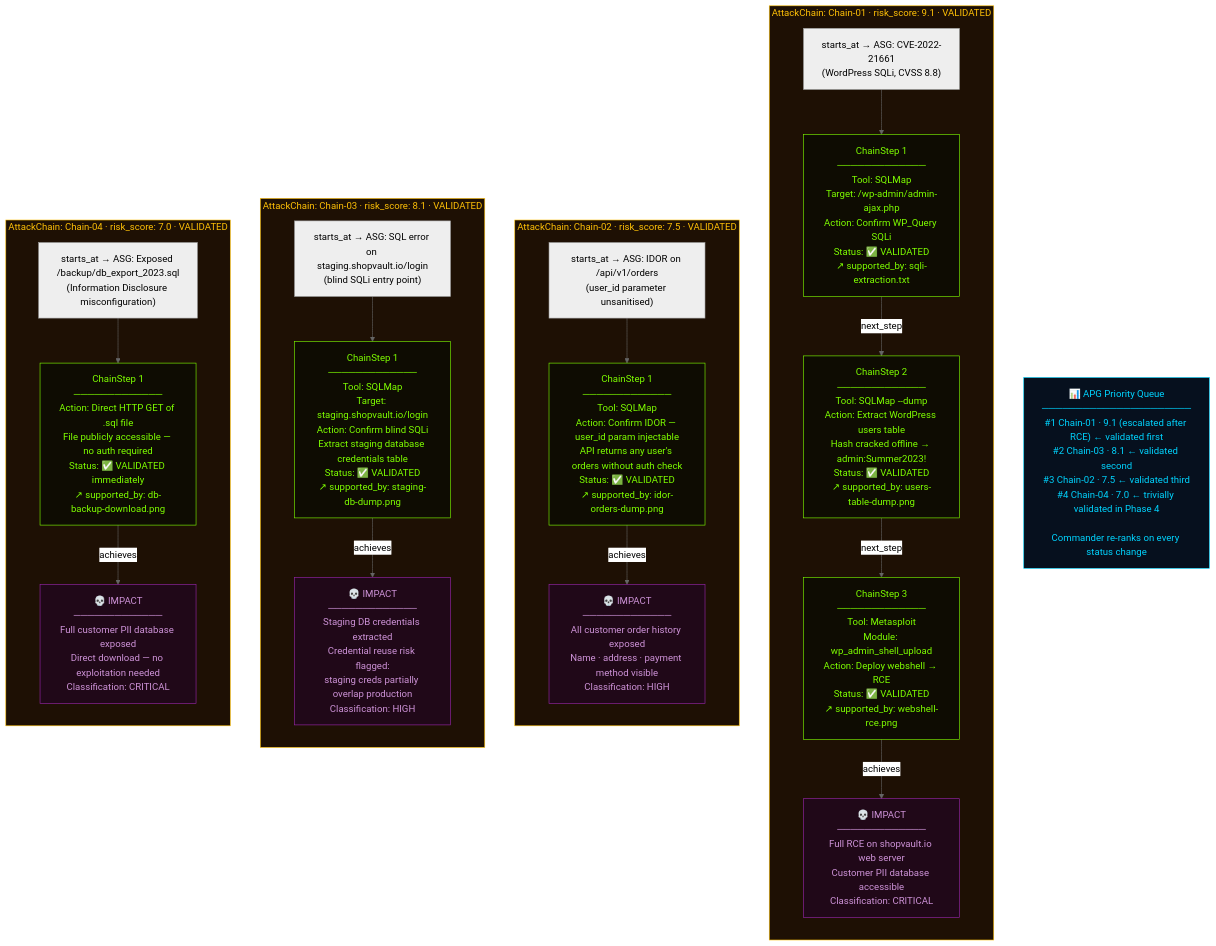
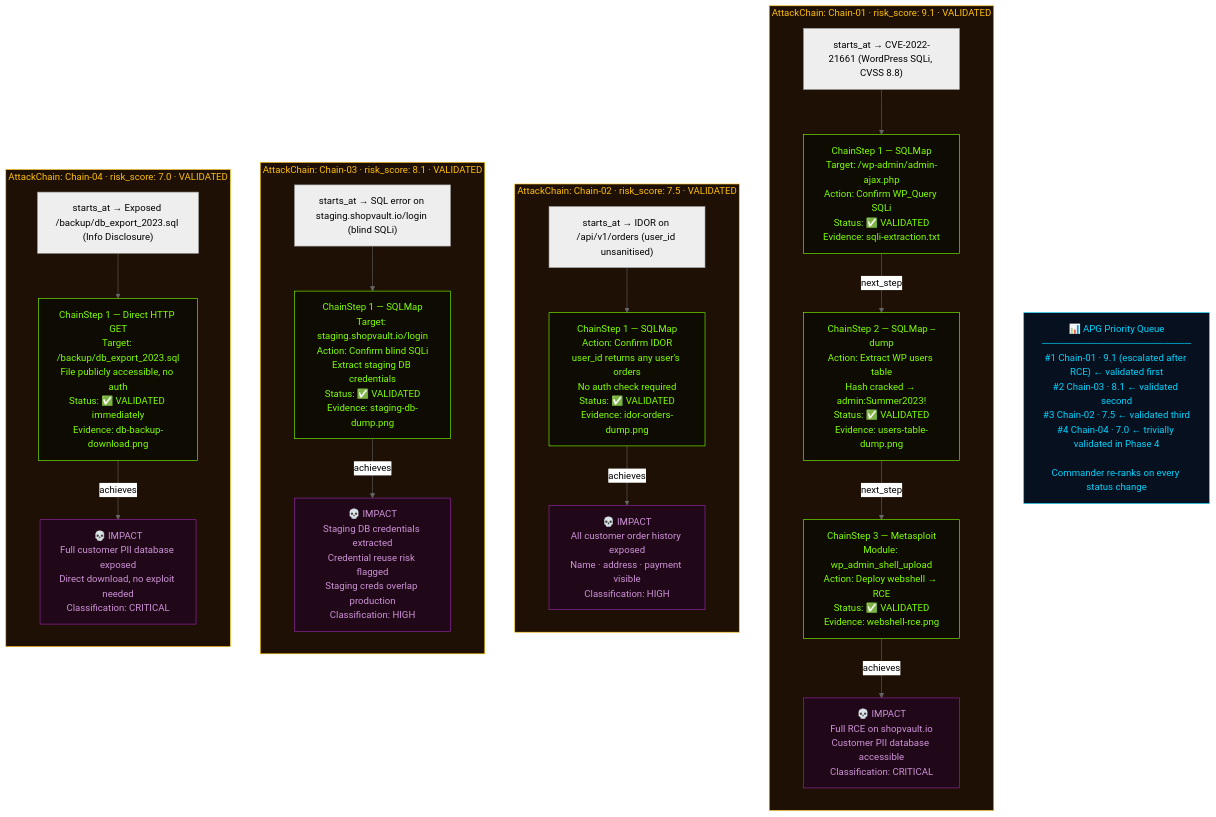
Before and after one commit to nishan-paul-2022/cmatrix-agentic-red-team: the second of 2 diagrams in docs/paper-thesis/explanation/module-02-dual-graph-model.md, drawn with Mermaid (neutral theme). The commit also changed other lines of this file and 4 other files, not shown here.

Commit message:
refactor: replace newline characters with HTML line breaks in Mermaid diagrams across documentation modules

````diff
--- a/docs/paper-thesis/explanation/module-02-dual-graph-model.md
+++ b/docs/paper-thesis/explanation/module-02-dual-graph-model.md
@@ -529,80 +529,80 @@
 ```mermaid
 flowchart TD
     %% ── CHAIN 01 ──────────────────────────────────────────────────
     subgraph C1["AttackChain: Chain-01 · risk_score: 9.1 · VALIDATED"]
         direction TB
-        C1S["starts_at → ASG: CVE-2022-21661\n(WordPress SQLi, CVSS 8.8)"]
+        C1S["starts_at → CVE-2022-21661 (WordPress SQLi, CVSS 8.8)"]
 
-        STEP1["ChainStep 1\n─────────────\nTool: SQLMap\nTarget: /wp-admin/admin-ajax.php\nAction: Confirm WP_Query SQLi\nStatus: ✅ VALIDATED\n↗ supported_by: sqli-extraction.txt"]
+        STEP1["ChainStep 1 — SQLMap<br/>Target: /wp-admin/admin-ajax.php<br/>Action: Confirm WP_Query SQLi<br/>Status: ✅ VALIDATED<br/>Evidence: sqli-extraction.txt"]
 
-        STEP2["ChainStep 2\n─────────────\nTool: SQLMap --dump\nAction: Extract WordPress users table\nHash cracked offline → admin:Summer2023!\nStatus: ✅ VALIDATED\n↗ supported_by: users-table-dump.png"]
+        STEP2["ChainStep 2 — SQLMap --dump<br/>Action: Extract WP users table<br/>Hash cracked → admin:Summer2023!<br/>Status: ✅ VALIDATED<br/>Evidence: users-table-dump.png"]
 
-        STEP3["ChainStep 3\n─────────────\nTool: Metasploit\nModule: wp_admin_shell_upload\nAction: Deploy webshell → RCE\nStatus: ✅ VALIDATED\n↗ supported_by: webshell-rce.png"]
+        STEP3["ChainStep 3 — Metasploit<br/>Module: wp_admin_shell_upload<br/>Action: Deploy webshell → RCE<br/>Status: ✅ VALIDATED<br/>Evidence: webshell-rce.png"]
 
-        IMP1["💀 IMPACT\n─────────────\nFull RCE on shopvault.io web server\nCustomer PII database accessible\nClassification: CRITICAL"]
+        IMP1["💀 IMPACT<br/>Full RCE on shopvault.io<br/>Customer PII database accessible<br/>Classification: CRITICAL"]
 
         C1S --> STEP1
         STEP1 -->|next_step| STEP2
         STEP2 -->|next_step| STEP3
         STEP3 -->|achieves| IMP1
     end
 
     %% ── CHAIN 02 ──────────────────────────────────────────────────
     subgraph C2["AttackChain: Chain-02 · risk_score: 7.5 · VALIDATED"]
         direction TB
-        C2S["starts_at → ASG: IDOR on /api/v1/orders\n(user_id parameter unsanitised)"]
+        C2S["starts_at → IDOR on /api/v1/orders (user_id unsanitised)"]
 
-        STEP21["ChainStep 1\n─────────────\nTool: SQLMap\nAction: Confirm IDOR — user_id param injectable\nAPI returns any user's orders without auth check\nStatus: ✅ VALIDATED\n↗ supported_by: idor-orders-dump.png"]
+        STEP21["ChainStep 1 — SQLMap<br/>Action: Confirm IDOR<br/>user_id returns any user's orders<br/>No auth check required<br/>Status: ✅ VALIDATED<br/>Evidence: idor-orders-dump.png"]
 
-        IMP2["💀 IMPACT\n─────────────\nAll customer order history exposed\nName · address · payment method visible\nClassification: HIGH"]
+        IMP2["💀 IMPACT<br/>All customer order history exposed<br/>Name · address · payment visible<br/>Classification: HIGH"]
 
         C2S --> STEP21
         STEP21 -->|achieves| IMP2
     end
 
     %% ── CHAIN 03 ─────────────────────────────────────────────────
     subgraph C3["AttackChain: Chain-03 · risk_score: 8.1 · VALIDATED"]
         direction TB
-        C3S["starts_at → ASG: SQL error on staging.shopvault.io/login\n(blind SQLi entry point)"]
+        C3S["starts_at → SQL error on staging.shopvault.io/login (blind SQLi)"]
 
-        STEP31["ChainStep 1\n─────────────\nTool: SQLMap\nTarget: staging.shopvault.io/login\nAction: Confirm blind SQLi\nExtract staging database credentials table\nStatus: ✅ VALIDATED\n↗ supported_by: staging-db-dump.png"]
+        STEP31["ChainStep 1 — SQLMap<br/>Target: staging.shopvault.io/login<br/>Action: Confirm blind SQLi<br/>Extract staging DB credentials<br/>Status: ✅ VALIDATED<br/>Evidence: staging-db-dump.png"]
 
-        IMP3["💀 IMPACT\n─────────────\nStaging DB credentials extracted\nCredential reuse risk flagged:\nstaging creds partially overlap production\nClassification: HIGH"]
+        IMP3["💀 IMPACT<br/>Staging DB credentials extracted<br/>Credential reuse risk flagged<br/>Staging creds overlap production<br/>Classification: HIGH"]
 
         C3S --> STEP31
         STEP31 -->|achieves| IMP3
     end
 
     %% ── CHAIN 04 ─────────────────────────────────────────────────
     subgraph C4["AttackChain: Chain-04 · risk_score: 7.0 · VALIDATED"]
         direction TB
-        C4S["starts_at → ASG: Exposed /backup/db_export_2023.sql\n(Information Disclosure misconfiguration)"]
+        C4S["starts_at → Exposed /backup/db_export_2023.sql (Info Disclosure)"]
 
-        STEP41["ChainStep 1\n─────────────\nAction: Direct HTTP GET of .sql file\nFile publicly accessible — no auth required\nStatus: ✅ VALIDATED immediately\n↗ supported_by: db-backup-download.png"]
+        STEP41["ChainStep 1 — Direct HTTP GET<br/>Target: /backup/db_export_2023.sql<br/>File publicly accessible, no auth<br/>Status: ✅ VALIDATED immediately<br/>Evidence: db-backup-download.png"]
 
-        IMP4["💀 IMPACT\n─────────────\nFull customer PII database exposed\nDirect download — no exploitation needed\nClassification: CRITICAL"]
+        IMP4["💀 IMPACT<br/>Full customer PII database exposed<br/>Direct download, no exploit needed<br/>Classification: CRITICAL"]
 
         C4S --> STEP41
         STEP41 -->|achieves| IMP4
     end
 
     %% ── PRIORITY RANKING ──────────────────────────────────────────
-    PRIO["📊 APG Priority Queue\n──────────────────────\n#1 Chain-01 · 9.1 (escalated after RCE) ← validated first\n#2 Chain-03 · 8.1 ← validated second\n#3 Chain-02 · 7.5 ← validated third\n#4 Chain-04 · 7.0 ← trivially validated in Phase 4\n\nCommander re-ranks on every status change"]
+    PRIO["📊 APG Priority Queue<br/>──────────────────────<br/>#1 Chain-01 · 9.1 (escalated after RCE) ← validated first<br/>#2 Chain-03 · 8.1 ← validated second<br/>#3 Chain-02 · 7.5 ← validated third<br/>#4 Chain-04 · 7.0 ← trivially validated in Phase 4<br/><br/>Commander re-ranks on every status change"]
 
     %% Styles
     style C1 fill:#1E1004,stroke:#FFC107,color:#FFC107
     style C2 fill:#1E1004,stroke:#FFC107,color:#FFC107
     style C3 fill:#1E1004,stroke:#FFC107,color:#FFC107
     style C4 fill:#1E1004,stroke:#FFC107,color:#FFC107
     style STEP1 fill:#0E0C02,stroke:#7FFF00,color:#7FFF00
     style STEP2 fill:#0E0C02,stroke:#7FFF00,color:#7FFF00
     style STEP3 fill:#0E0C02,stroke:#7FFF00,color:#7FFF00
     style IMP1 fill:#200818,stroke:#9C27B0,color:#CE93D8
     style STEP21 fill:#0E0C02,stroke:#7FFF00,color:#7FFF00
     style IMP2 fill:#200818,stroke:#9C27B0,color:#CE93D8
     style STEP31 fill:#0E0C02,stroke:#7FFF00,color:#7FFF00
     style IMP3 fill:#200818,stroke:#9C27B0,color:#CE93D8
     style STEP41 fill:#0E0C02,stroke:#7FFF00,color:#7FFF00
     style IMP4 fill:#200818,stroke:#9C27B0,color:#CE93D8
     style PRIO fill:#06101E,stroke:#00D4FF,color:#00D4FF
 ```
````
